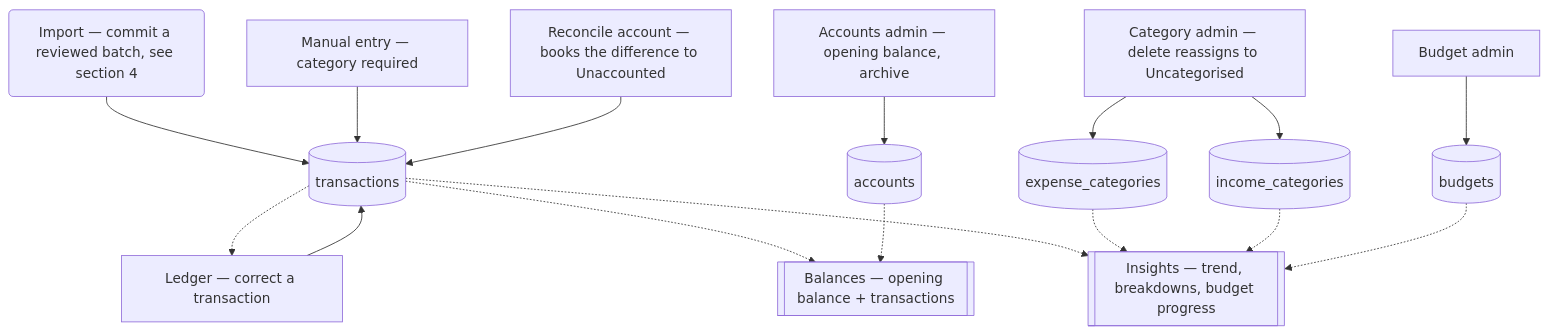
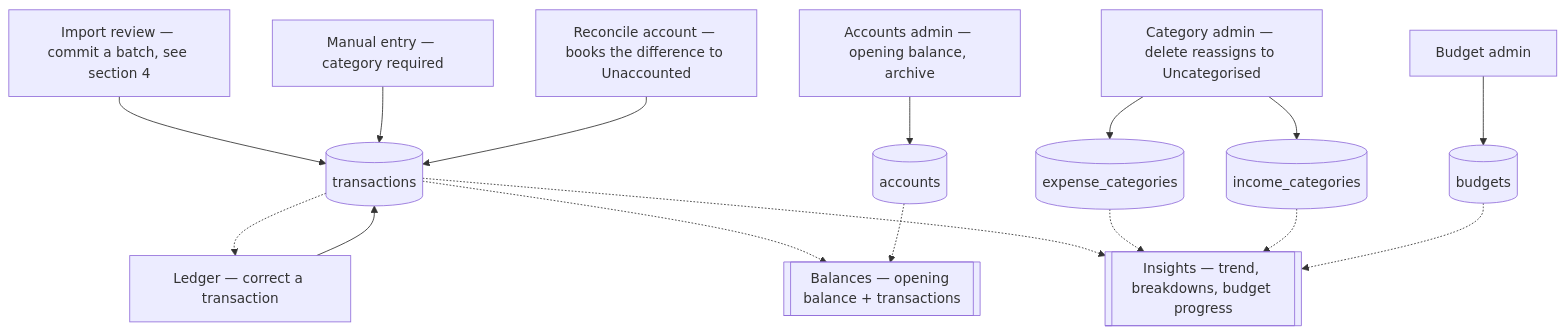
One commit to stolle42/financialCopilot changed the third of 4 diagrams in architecture.md. Above: the diagram before and after it, drawn with Mermaid. The commit also changed other lines of this file, not shown here.

Commit message:
fix csv input not a process

````diff
--- a/architecture.md
+++ b/architecture.md
@@ -125,37 +124,37 @@
 ```mermaid
 flowchart TD
-    IMPORT("Import — commit a reviewed batch, see section 4")
+    IMPORT["Import review — commit a batch, see section 4"]
     MANUAL["Manual entry — category required"]
     RECON["Reconcile account — books the difference to Unaccounted"]
     LEDGER["Ledger — correct a transaction"]
 
     ACCADMIN["Accounts admin — opening balance, archive"]
     CATADMIN["Category admin — delete reassigns to Uncategorised"]
     BUDADMIN["Budget admin"]
 
     TX[("transactions")]
     ACC[("accounts")]
     EXPC[("expense_categories")]
     INCC[("income_categories")]
     BUD[("budgets")]
 
     BAL[["Balances — opening balance + transactions"]]
     INS[["Insights — trend, breakdowns, budget progress"]]
 
     IMPORT --> TX
     MANUAL --> TX
     RECON --> TX
     LEDGER --> TX
     ACCADMIN --> ACC
     CATADMIN --> EXPC
     CATADMIN --> INCC
     BUDADMIN --> BUD
 
     TX -.-> LEDGER
     TX -.-> BAL
     TX -.-> INS
     ACC -.-> BAL
     EXPC -.-> INS
     INCC -.-> INS
     BUD -.-> INS
 ```
````
